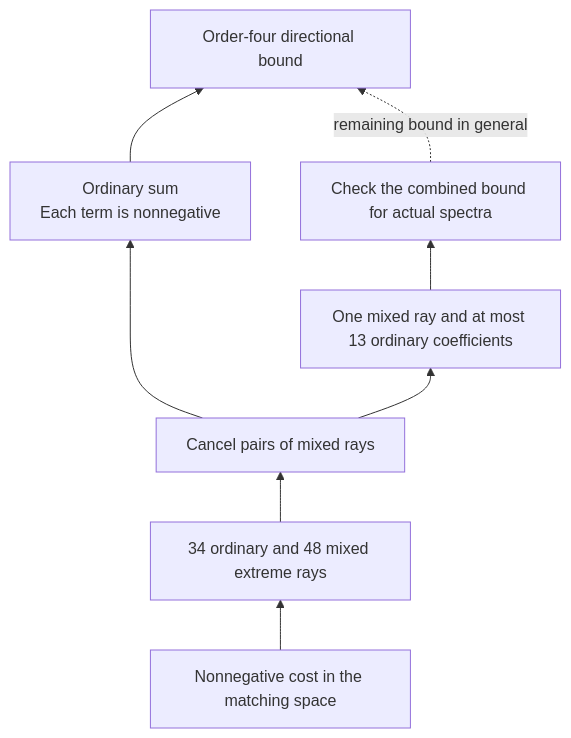
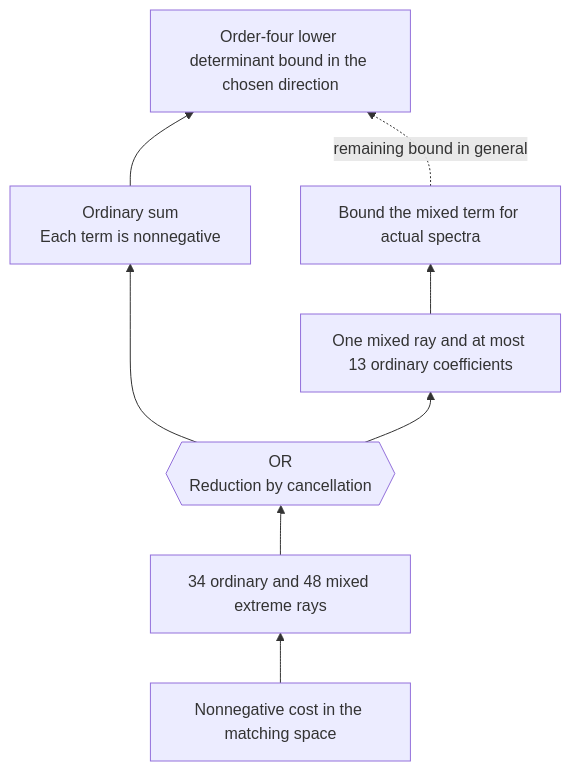
The first of 2 diagrams in Docs/spectral-support-proof-map.md (ascendnoosphere/MOC), drawn with Mermaid before and after one commit. The commit also changed other lines of this file and 148 other files, not shown here.

````diff
--- a/Docs/spectral-support-proof-map.md
+++ b/Docs/spectral-support-proof-map.md
@@ -18,16 +24,16 @@
 ```mermaid
 flowchart BT
     C["Nonnegative cost in the matching space"]
     R["34 ordinary and 48 mixed extreme rays"]
-    N["Cancel pairs of mixed rays"]
+    N{{"OR<br/>Reduction by cancellation"}}
     O["Ordinary sum<br/>Each term is nonnegative"]
     M["One mixed ray and at most 13 ordinary coefficients"]
-    B["Check the combined bound for actual spectra"]
-    G["Order-four directional bound"]
+    B["Bound the mixed term for actual spectra"]
+    G["Order-four lower determinant bound in the chosen direction"]
     C --> R --> N
     N --> O
     N --> M
     O --> G
     M --> B
     B -.->|remaining bound in general| G
 ```
````
